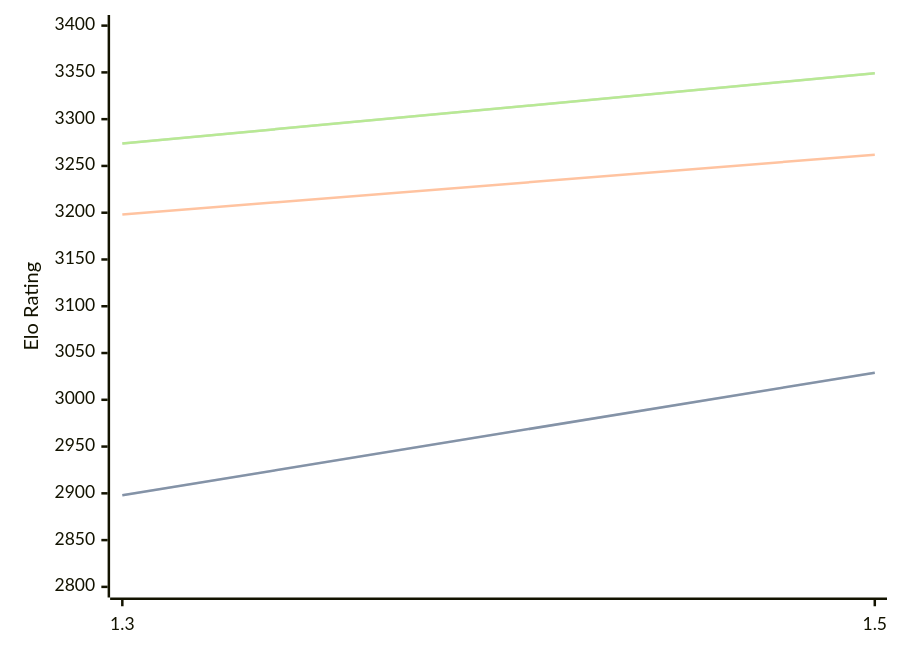
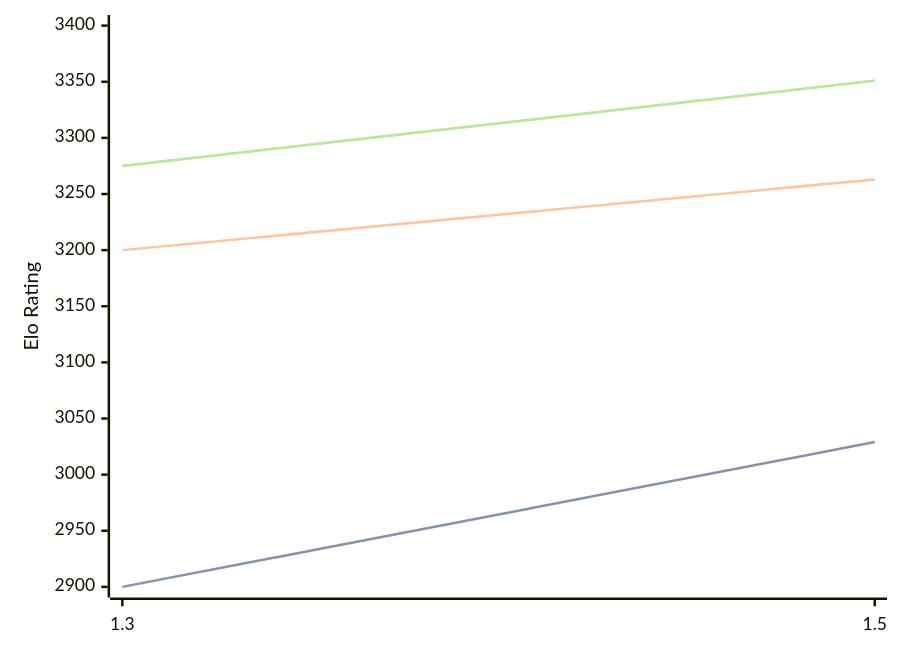
The diagram in engines/Lambergar.md (computer-chess-index/cci), drawn with Mermaid before and after one commit. The commit also changed other lines of this file, not shown here.

Commit message:
Update CCI Ratings (ELO VLTC) - 2026-08-15

````diff
--- a/engines/Lambergar.md
+++ b/engines/Lambergar.md
@@ -32,11 +32,11 @@
 ```mermaid
 %%{init: {"theme":"base","themeVariables":{"seriesColors:['#a3a3a3','#222221','#faa371']}}}%%
 xychart-beta
   x-axis ["1.3", "1.5"]
-  y-axis "Elo Rating" 2800 --> 3400
-  line "STC (8.0+0.08s)" [2898, 3029]
-  line "STC (8.0+0.08s)" [2898, 3029]
-  line "LTC (60.0+0.60s)" [3198, 3262]
-  line "VLTC (2m24s+1.12s)" [3274, 3349]
-  line "VLTC (2m24s+1.12s)" [3274, 3349]
+  y-axis "Elo Rating" 2900 --> 3400
+  line "STC (8.0+0.08s)" [2900, 3029]
+  line "STC (8.0+0.08s)" [2900, 3029]
+  line "LTC (60.0+0.60s)" [3200, 3263]
+  line "VLTC (2m24s+1.12s)" [3275, 3351]
+  line "VLTC (2m24s+1.12s)" [3275, 3351]
 ```
````
